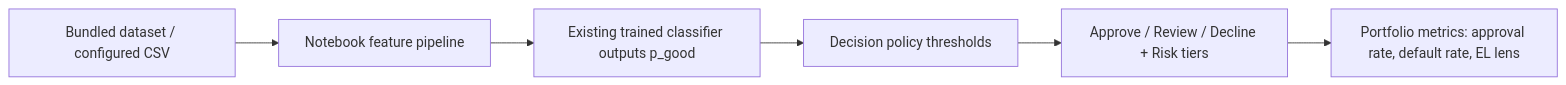
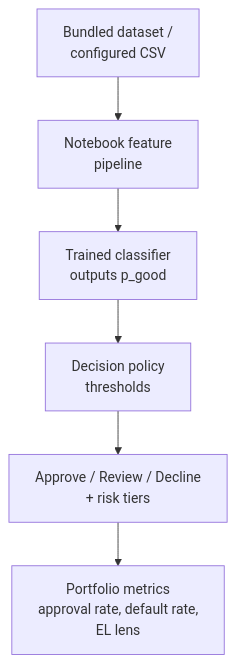
The diagram in README.md (carjam/credit-underwriting), drawn with Mermaid before and after one commit.

Commit message:
Make README system flow diagram vertical with wrapped labels
Made-with: Cursor

````diff
--- a/README.md
+++ b/README.md
@@ -13,8 +13,8 @@
 ```mermaid
-flowchart LR
-    A[Bundled dataset / configured CSV] --> B[Notebook feature pipeline]
-    B --> C[Existing trained classifier outputs p_good]
-    C --> D[Decision policy thresholds]
-    D --> E[Approve / Review / Decline + Risk tiers]
-    E --> F[Portfolio metrics: approval rate, default rate, EL lens]
+flowchart TB
+    A["Bundled dataset /<br/>configured CSV"] --> B["Notebook feature<br/>pipeline"]
+    B --> C["Trained classifier<br/>outputs p_good"]
+    C --> D["Decision policy<br/>thresholds"]
+    D --> E["Approve / Review / Decline<br/>+ risk tiers"]
+    E --> F["Portfolio metrics<br/>approval rate, default rate,<br/>EL lens"]
 ```
````
